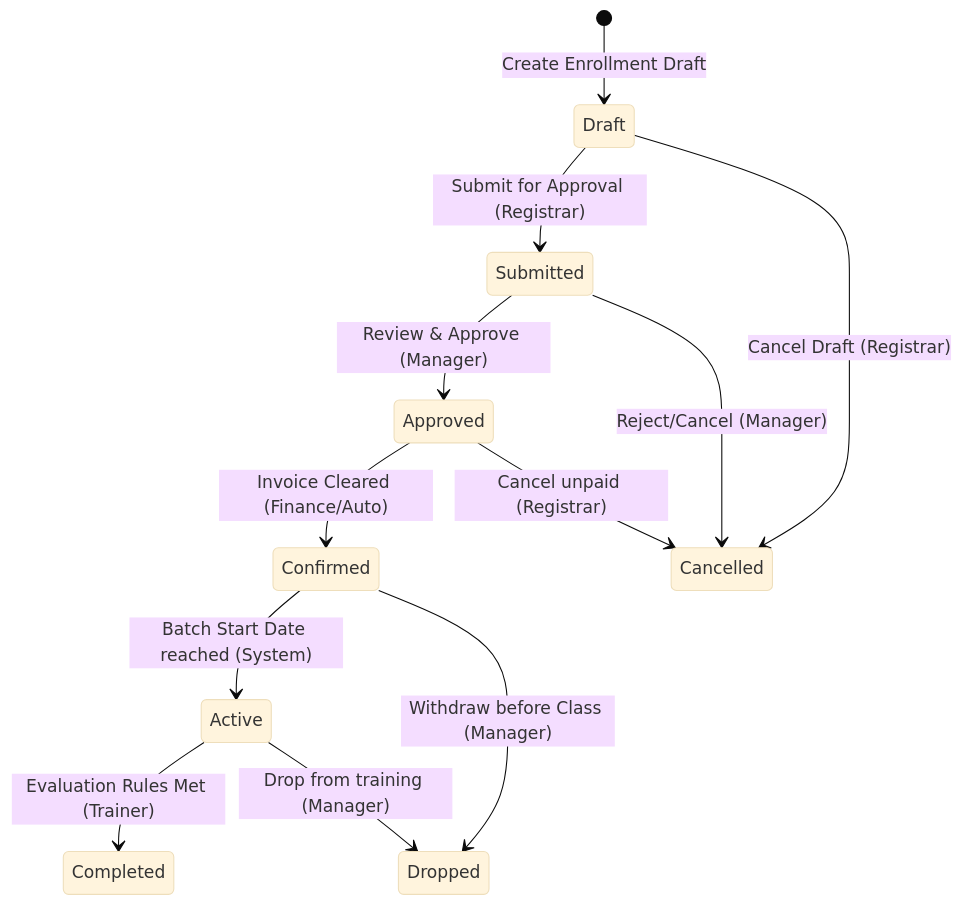
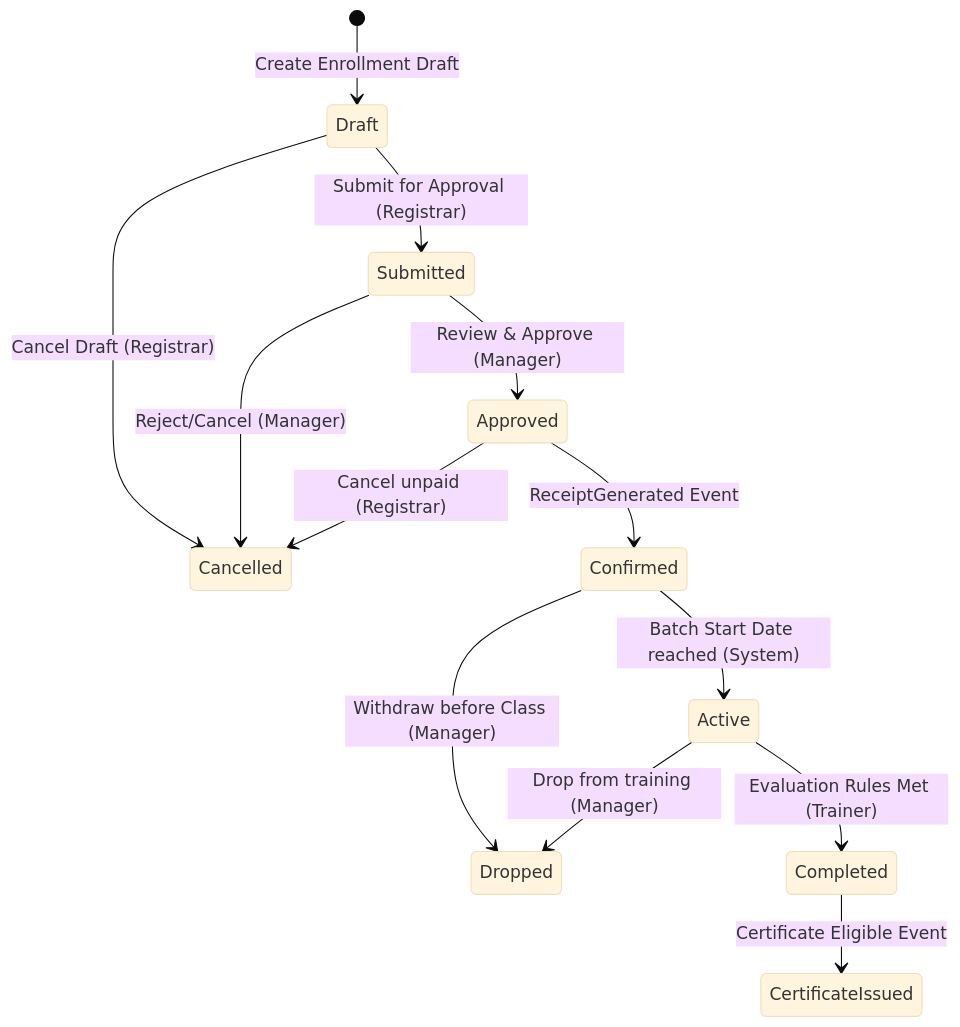
The second of 2 diagrams in docs/architecture/frd/Module 04: Admission & Enrollment Management/Part 2 – User Stories, Use Cases, Workflows, State Machines.md (needuvazh/ims-v2), drawn with Mermaid (base theme) before and after one commit. The commit also changed other lines of this file and 77 other files, not shown here.

````diff
--- a/docs/architecture/frd/Module 04: Admission & Enrollment Management/Part 2 – User Stories, Use Cases, Workflows, State Machines.md
+++ b/docs/architecture/frd/Module 04: Admission & Enrollment Management/Part 2 – User Stories, Use Cases, Workflows, State Machines.md
@@ -283,18 +283,19 @@
 ```mermaid
 stateDiagram-v2
     [*] --> Draft : Create Enrollment Draft
     Draft --> Submitted : Submit for Approval (Registrar)
     Draft --> Cancelled : Cancel Draft (Registrar)
     
     Submitted --> Approved : Review & Approve (Manager)
     Submitted --> Cancelled : Reject/Cancel (Manager)
     
-    Approved --> Confirmed : Invoice Cleared (Finance/Auto)
+    Approved --> Confirmed : ReceiptGenerated Event
     Approved --> Cancelled : Cancel unpaid (Registrar)
     
     Confirmed --> Active : Batch Start Date reached (System)
     Confirmed --> Dropped : Withdraw before Class (Manager)
     
     Active --> Completed : Evaluation Rules Met (Trainer)
     Active --> Dropped : Drop from training (Manager)
+    Completed --> CertificateIssued : Certificate Eligible Event
 ```
````
